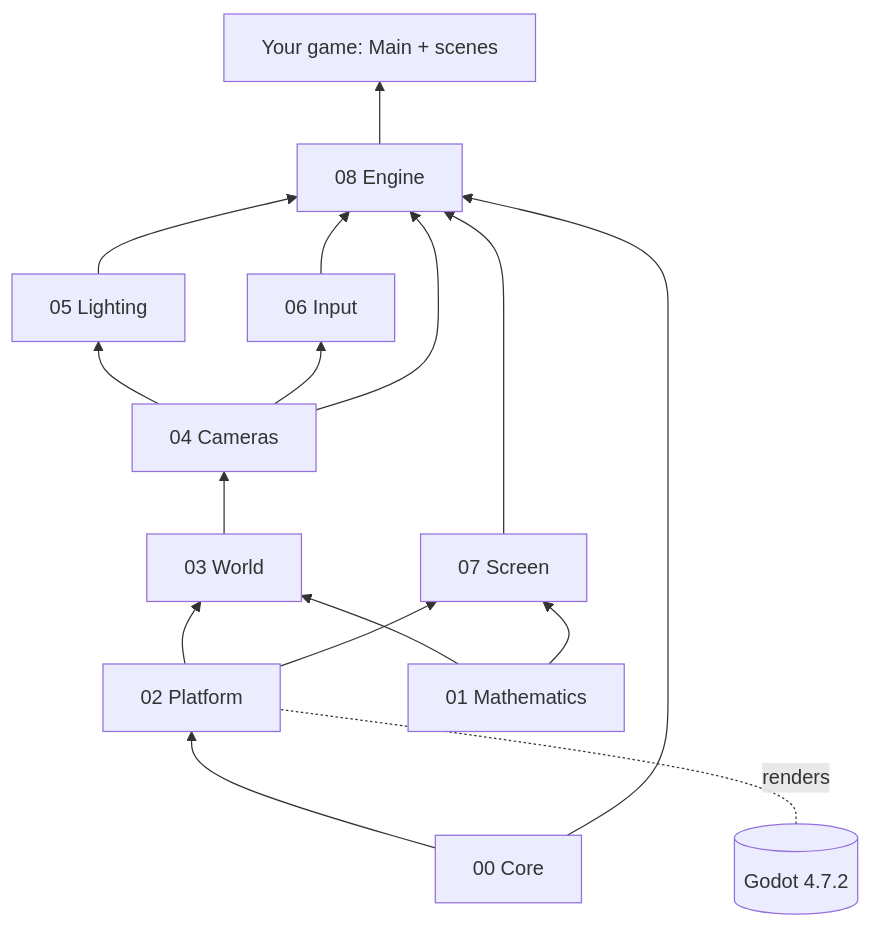
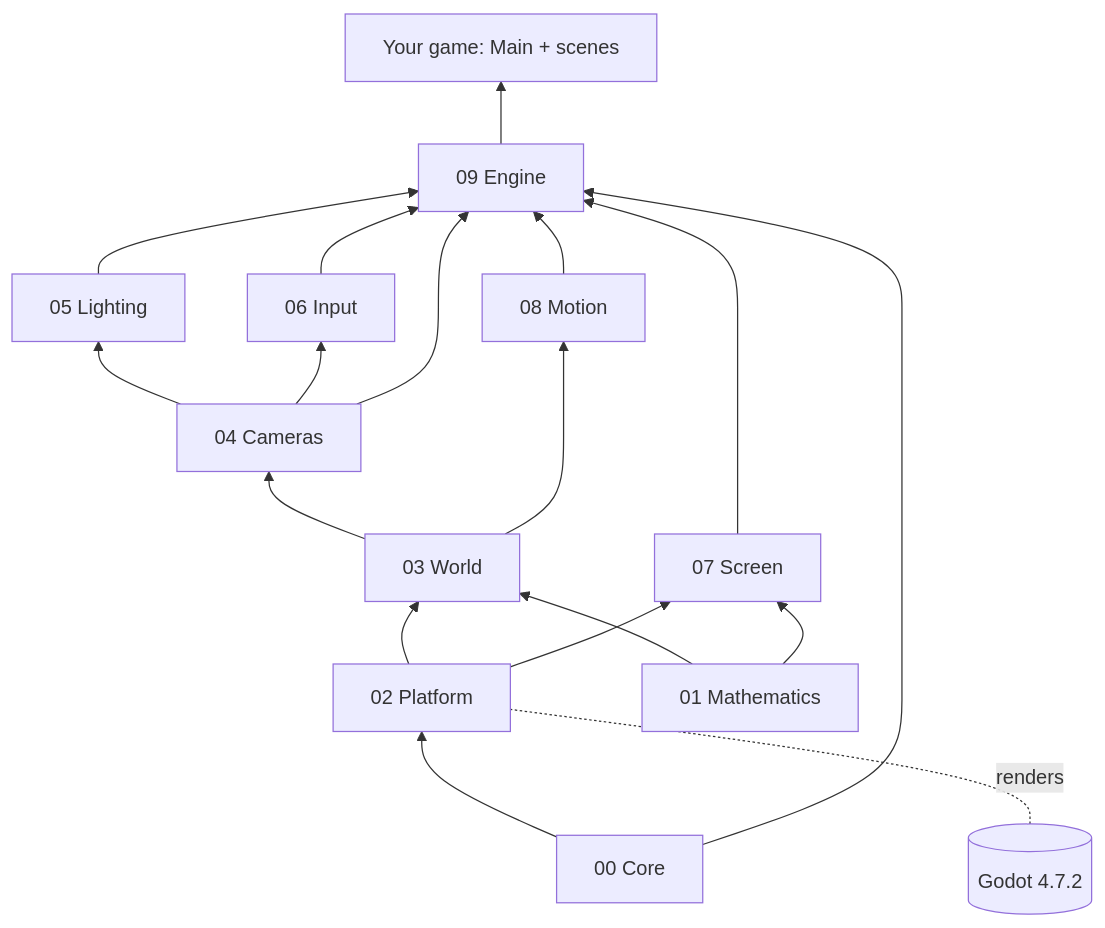
The diagram in documents/Architecture/Architecture Overview.md (ThatEvilGuy-237/MyGameFrameWork), drawn with Mermaid before and after one commit. The commit also changed other lines of this file and 38 other files, not shown here.

````diff
--- a/documents/Architecture/Architecture Overview.md
+++ b/documents/Architecture/Architecture Overview.md
@@ -29,18 +30,20 @@
 ```mermaid
 flowchart BT
   core[00 Core] --> platform[02 Platform]
   math[01 Mathematics] --> world[03 World]
   platform --> world
   platform --> screen[07 Screen]
   math --> screen
   world --> cameras[04 Cameras]
   cameras --> lighting[05 Lighting]
   cameras --> input[06 Input]
-  input --> engine[08 Engine]
+  world --> motion[08 Motion]
+  motion --> engine[09 Engine]
+  input --> engine
   cameras --> engine
   lighting --> engine
   screen --> engine
   core --> engine
   engine --> game[Your game: Main + scenes]
   godot[(Godot 4.7.2)] -.renders.- platform
 ```
````
